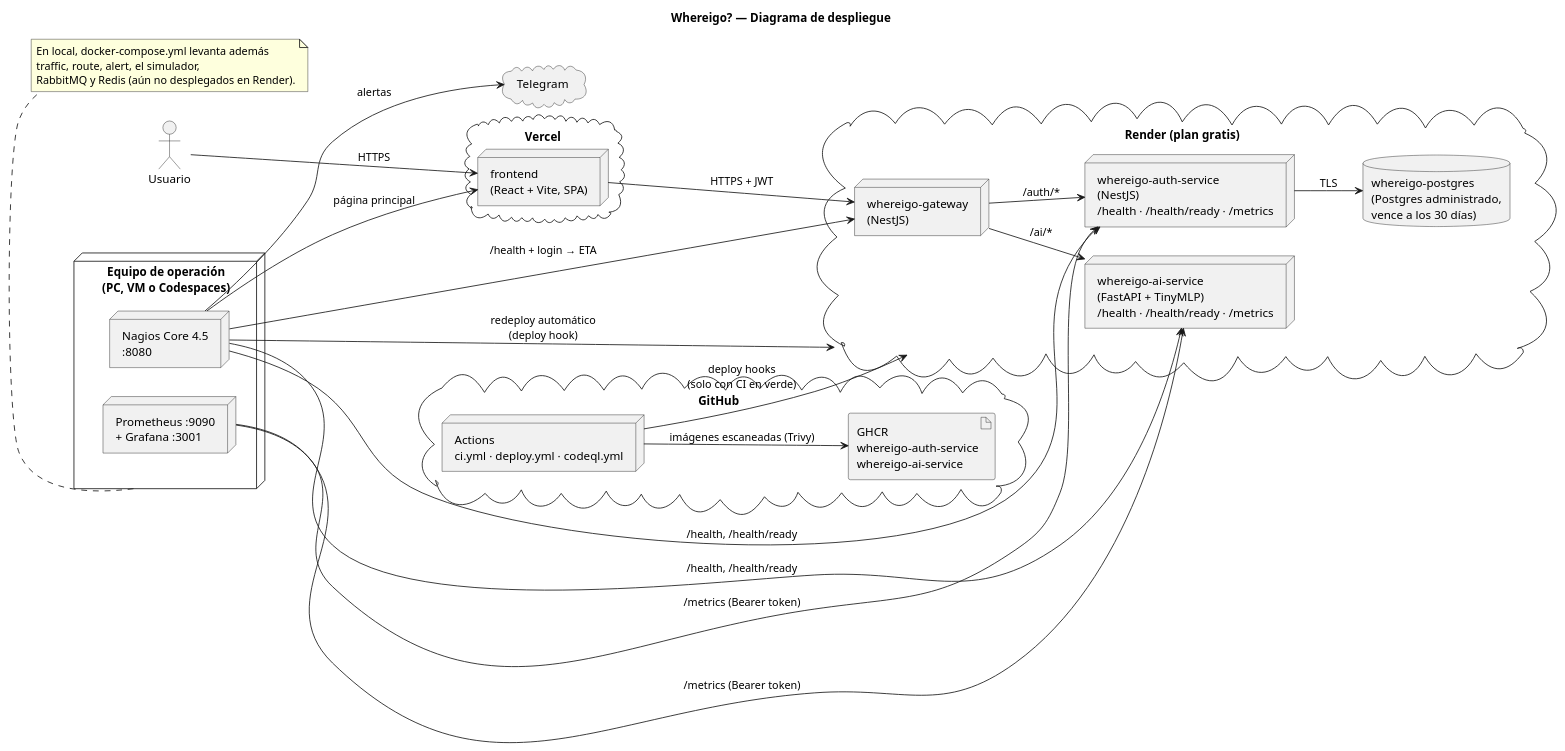
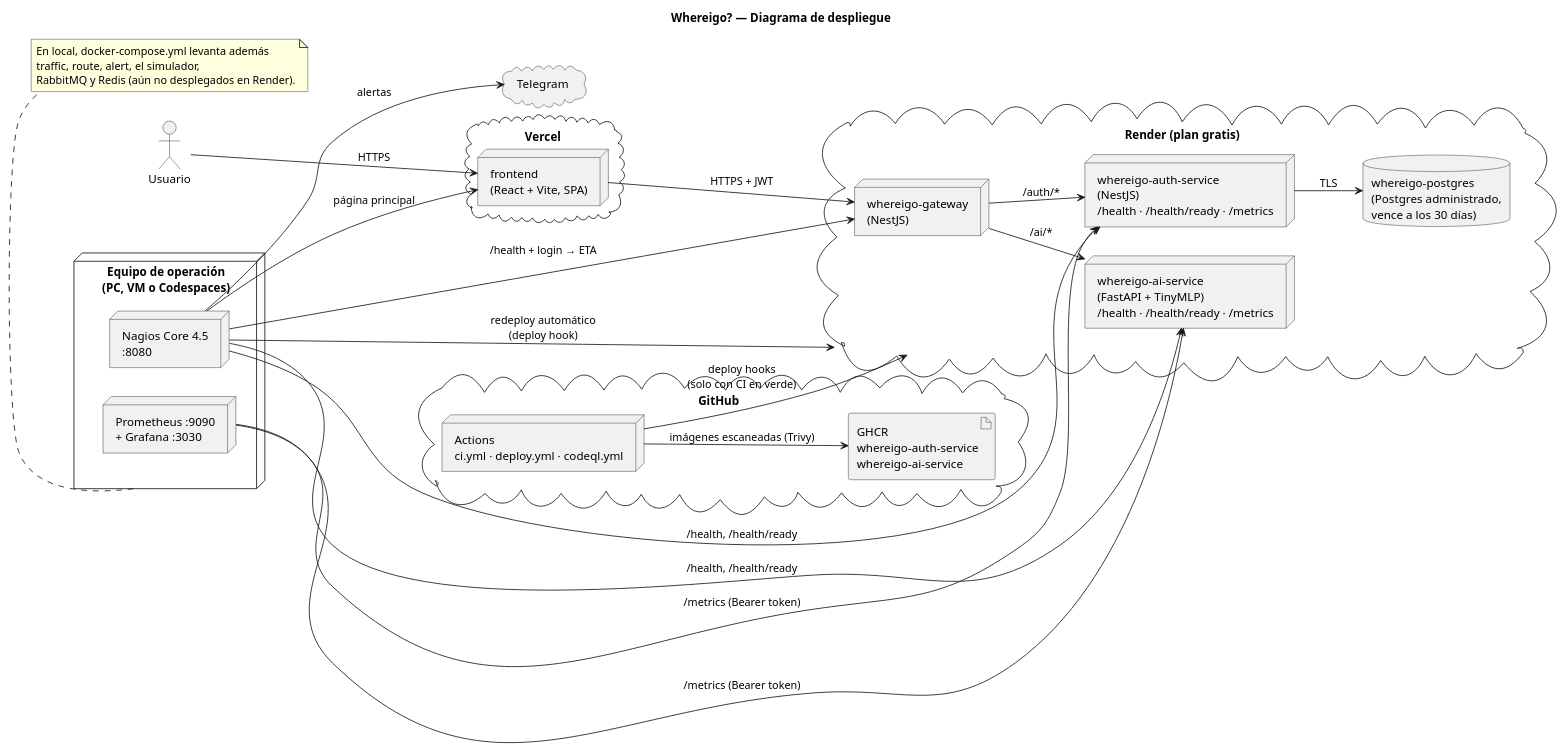
One commit to Estebannh18/whereigo changed the diagram in docs/deployment.puml. Above: the diagram before and after it, drawn with PlantUML. The commit also changed 18 other files, not shown here.

First line of the commit message:
feat(ops): modo local de Nagios y Prometheus/Grafana + simulacro de incidente

```diff
--- a/docs/deployment.puml
+++ b/docs/deployment.puml
@@ -3,56 +3,56 @@
 @startuml whereigo-deployment
 title Whereigo? — Diagrama de despliegue
 skinparam shadowing false
 skinparam defaultFontName Arial
 left to right direction
 
 actor "Usuario" as user
 
 cloud "Vercel" as vercel {
   node "frontend\n(React + Vite, SPA)" as fe
 }
 
 cloud "Render (plan gratis)" as render {
   node "whereigo-gateway\n(NestJS)" as gw
   node "whereigo-auth-service\n(NestJS)\n/health · /health/ready · /metrics" as auth
   node "whereigo-ai-service\n(FastAPI + TinyMLP)\n/health · /health/ready · /metrics" as ai
   database "whereigo-postgres\n(Postgres administrado,\nvence a los 30 días)" as pg
 }
 
 cloud "GitHub" as github {
   node "Actions\nci.yml · deploy.yml · codeql.yml" as actions
   artifact "GHCR\nwhereigo-auth-service\nwhereigo-ai-service" as ghcr
 }
 
 node "Equipo de operación\n(PC, VM o Codespaces)" as ops {
   node "Nagios Core 4.5\n:8080" as nagios
-  node "Prometheus :9090\n+ Grafana :3001" as prom
+  node "Prometheus :9090\n+ Grafana :3030" as prom
 }
 
 cloud "Telegram" as tg
 
 user --> fe : HTTPS
 fe --> gw : HTTPS + JWT
 gw --> auth : /auth/*
 gw --> ai : /ai/*
 auth --> pg : TLS
 
 actions --> ghcr : imágenes escaneadas (Trivy)
 actions --> render : deploy hooks\n(solo con CI en verde)
 
 nagios --> fe : página principal
 nagios --> gw : /health + login → ETA
 nagios --> auth : /health, /health/ready
 nagios --> ai : /health, /health/ready
 nagios --> render : redeploy automático\n(deploy hook)
 nagios --> tg : alertas
 
 prom --> auth : /metrics (Bearer token)
 prom --> ai : /metrics (Bearer token)
 
 note bottom of ops
   En local, docker-compose.yml levanta además
   traffic, route, alert, el simulador,
   RabbitMQ y Redis (aún no desplegados en Render).
 end note
 @enduml
```
